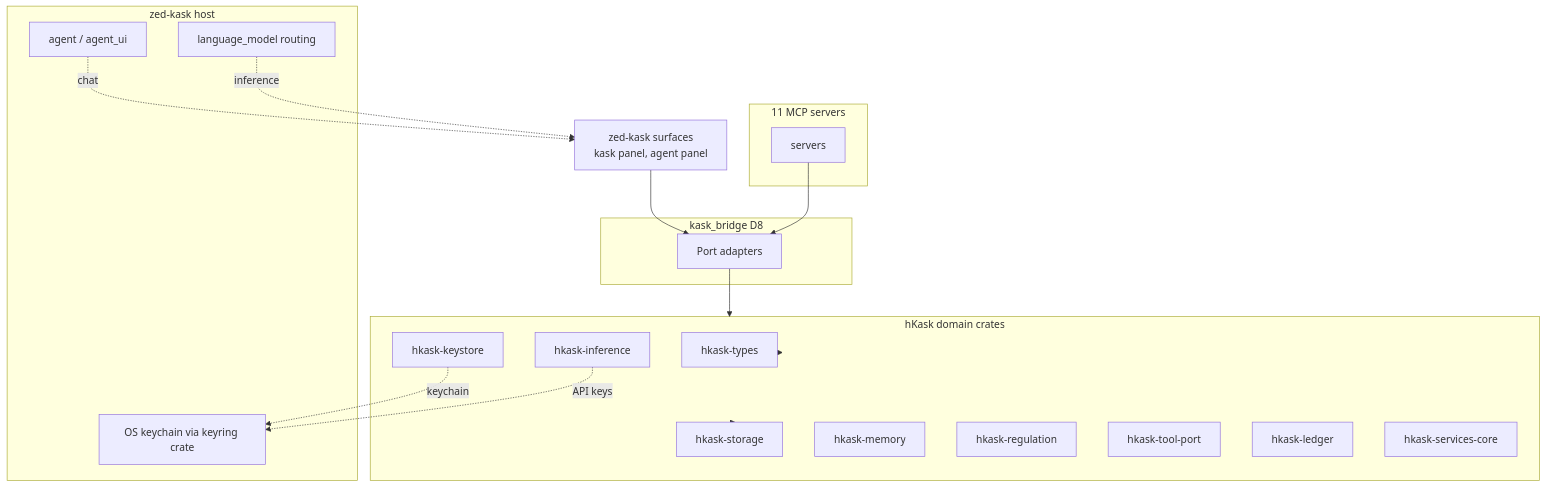
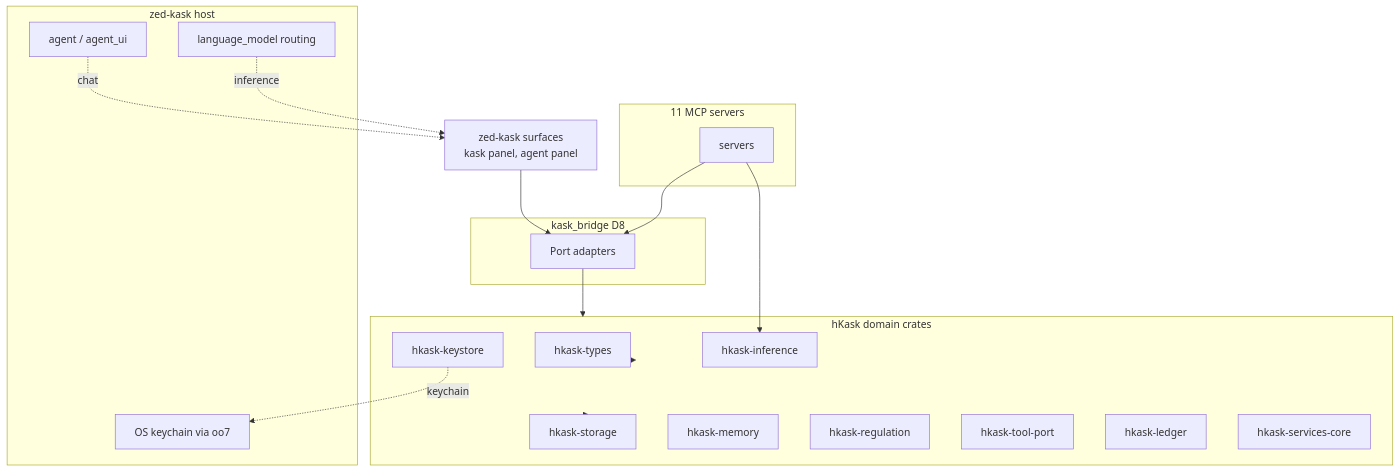
Before and after one commit to mdz-axo/zed-kask: the diagram in kask/docs/architecture/core/MDS.md, drawn with Mermaid. The commit also changed other lines of this file and 22 other files, not shown here.

````diff
--- a/kask/docs/architecture/core/MDS.md
+++ b/kask/docs/architecture/core/MDS.md
@@ -526,36 +516,36 @@
 ```mermaid
 graph TD
     ZEDSURF["zed-kask surfaces<br/>kask panel, agent panel"]
     subgraph BRIDGE["kask_bridge D8"]
         ADAPT["Port adapters"]
     end
     subgraph MCP["11 MCP servers"]
         MSRV[servers]
     end
     subgraph HKASK["hKask domain crates"]
         TYPES[hkask-types]
         STORE[hkask-storage]
         MEM[hkask-memory]
         REG[hkask-regulation]
         CAP[hkask-tool-port]
         KS[hkask-keystore]
         LEDGER[hkask-ledger]
         INF[hkask-inference]
         SVCCORE[hkask-services-core]
     end
     subgraph ZED["zed-kask host"]
-        CRED[OS keychain via keyring crate]
+        CRED[OS keychain via oo7]
         LM[language_model routing]
         AGENT[agent / agent_ui]
     end
 
     ZEDSURF --> ADAPT
     MSRV --> ADAPT
     ADAPT --> HKASK
     KS -.->|keychain| CRED
-    INF -.->|API keys| CRED
+    MSRV --> INF
     HKASK --> TYPES
     HKASK --> STORE
     AGENT -.->|chat| ZEDSURF
     LM -.->|inference| ZEDSURF
 ```
````
